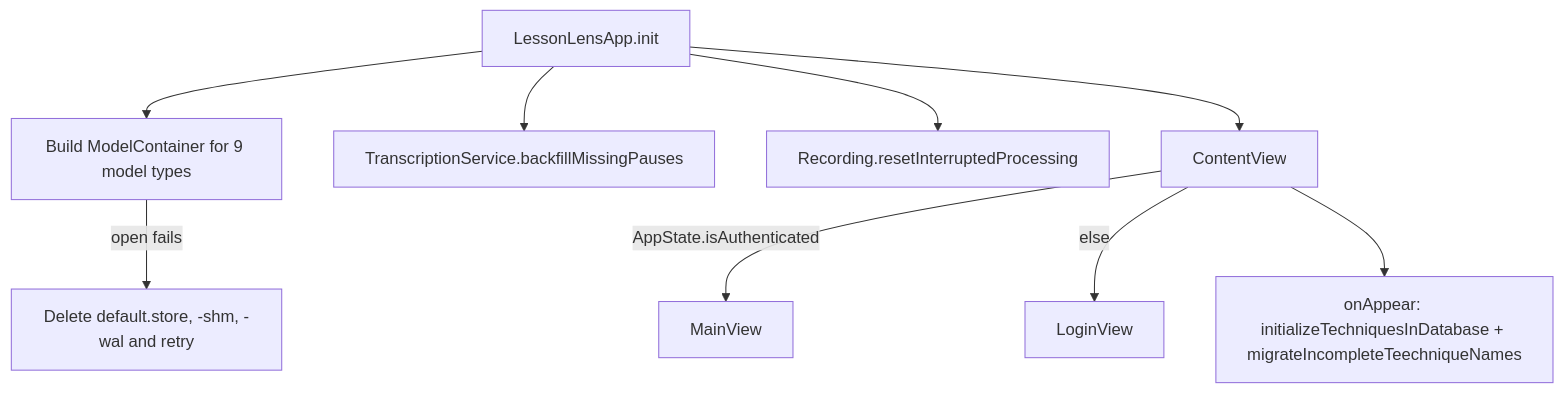
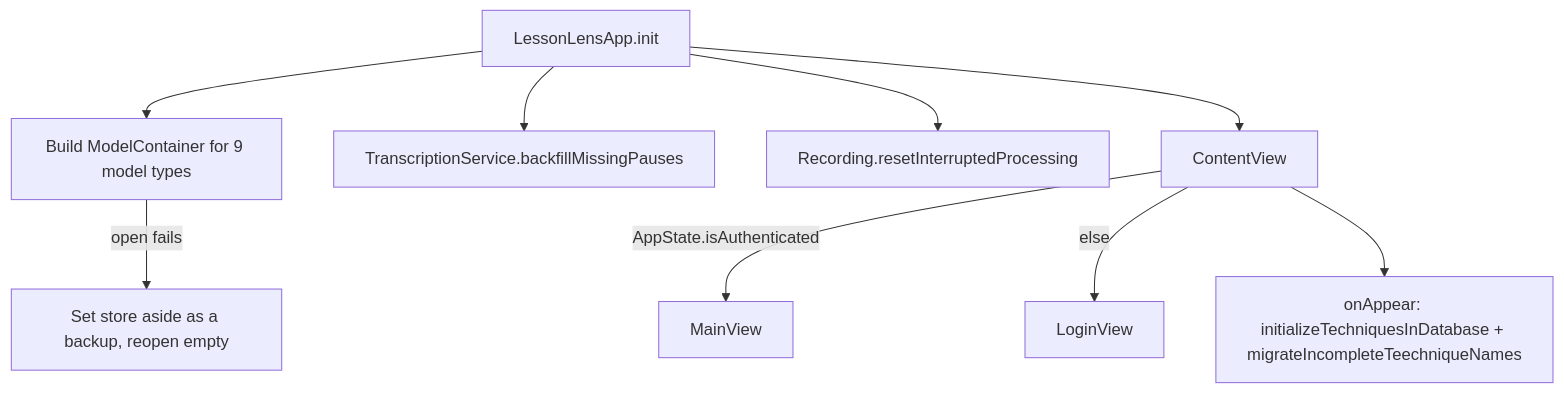
One commit to psd401/lessonlens changed the first of 2 diagrams in openwiki/app/overview.md. Above: the diagram before and after it, drawn with Mermaid. The commit also changed other lines of this file and 9 other files, not shown here.

````diff
--- a/openwiki/app/overview.md
+++ b/openwiki/app/overview.md
@@ -49,11 +49,11 @@
 ```mermaid
 flowchart TD
     A[LessonLensApp.init] --> B[Build ModelContainer for 9 model types]
-    B -->|open fails| C[Delete default.store, -shm, -wal and retry]
+    B -->|open fails| C[Set store aside as a backup, reopen empty]
     A --> D[TranscriptionService.backfillMissingPauses]
     A --> E[Recording.resetInterruptedProcessing]
     A --> F[ContentView]
     F -->|AppState.isAuthenticated| G[MainView]
     F -->|else| H[LoginView]
     F --> I[onAppear: initializeTechniquesInDatabase + migrateIncompleteTeechniqueNames]
 ```
````
